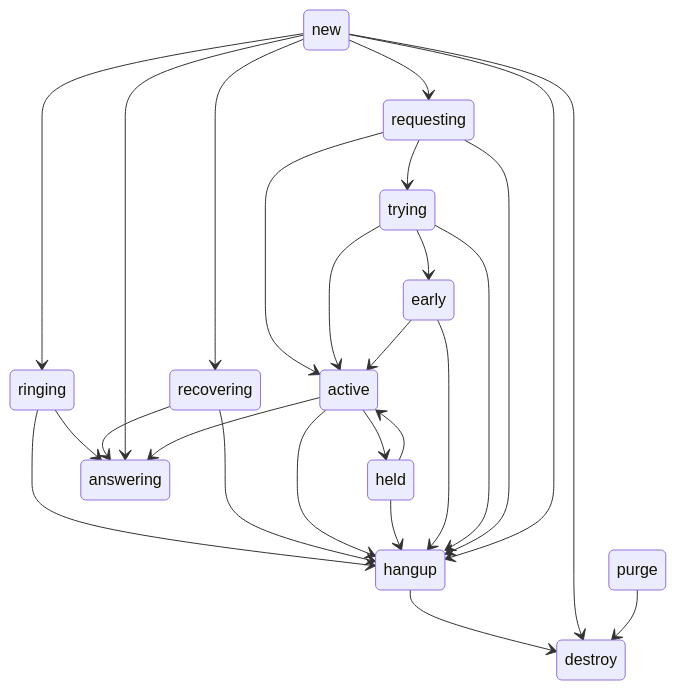
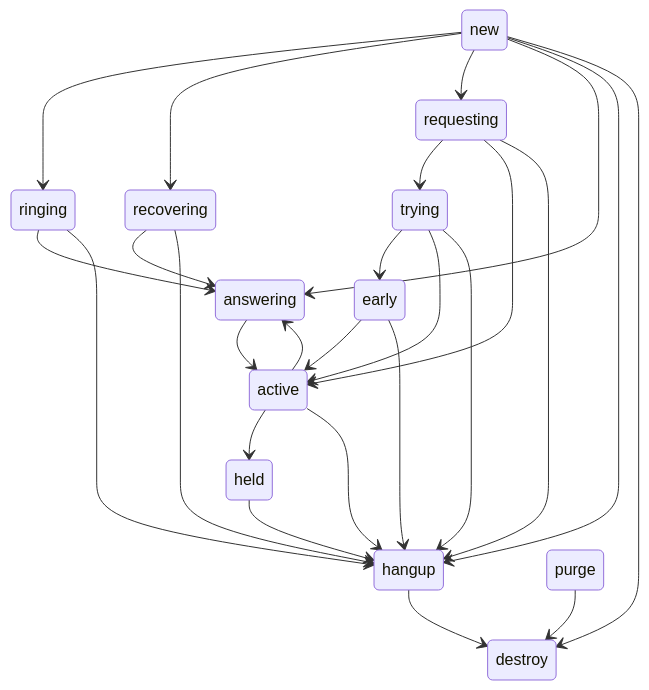
The fourth of 4 diagrams in verto-design.md (bjenning04/foam), drawn with Mermaid before and after one commit.

Commit message:
May 4, 2026, 5:46 PM

````diff
--- a/verto-design.md
+++ b/verto-design.md
@@ -318,34 +318,35 @@
 ```mermaid
 stateDiagram
     new --> ringing
     new --> recovering
     new --> requesting
     requesting --> trying
 
     trying --> early
 
     requesting --> active
     trying --> active
     early --> active
-    held --> active
 
     ringing --> answering
+    new --> answering
     recovering --> answering
-    new --> answering
     active --> answering
 
     active --> held
 
     ringing --> hangup
     recovering --> hangup
     active --> hangup
     held --> hangup
     early --> hangup
     trying --> hangup
     requesting --> hangup
     new --> hangup
 
     hangup --> destroy
     new --> destroy
     purge --> destroy
+
+    answering --> active
 ```
````
